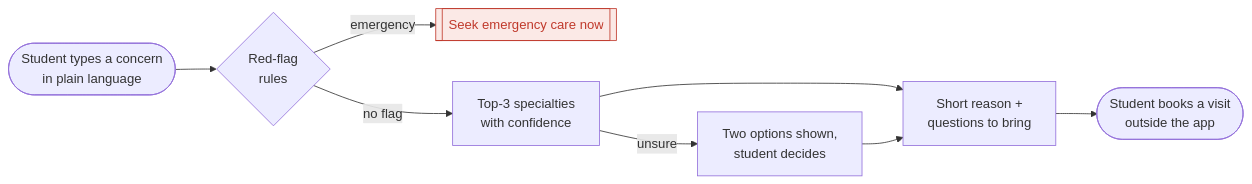
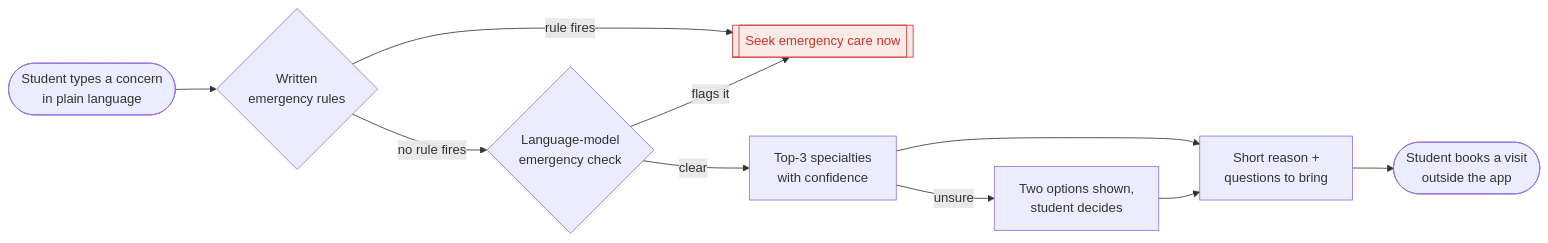
Before and after one commit to akshara-ns/doc-compass: the diagram in README.md, drawn with Mermaid. The commit also changed other lines of this file and 3 other files, not shown here.

First line of the commit message:
Record the emergency-check results and update the README

````diff
--- a/README.md
+++ b/README.md
@@ -11,12 +11,14 @@
 ```mermaid
 flowchart LR
-    A([Student types a concern<br/>in plain language]) --> B{Red-flag<br/>rules}
-    B -- emergency --> E[["Seek emergency care now"]]
-    B -- no flag --> F[Top-3 specialties<br/>with confidence]
+    A([Student types a concern<br/>in plain language]) --> B{Written<br/>emergency rules}
+    B -- rule fires --> E[["Seek emergency care now"]]
+    B -- no rule fires --> Q{Language-model<br/>emergency check}
+    Q -- flags it --> E
+    Q -- clear --> F[Top-3 specialties<br/>with confidence]
     F -- unsure --> U[Two options shown,<br/>student decides]
     F --> G[Short reason +<br/>questions to bring]
     U --> G
     G --> H([Student books a visit<br/>outside the app])
     classDef stop fill:#fbe9e6,stroke:#c0392b,color:#c0392b
     class E stop
 ```
````
